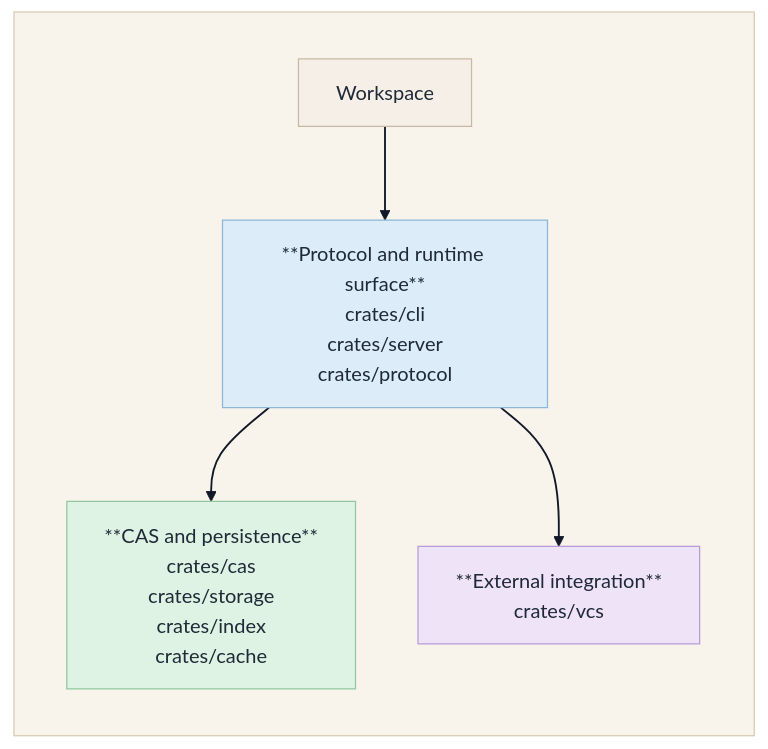
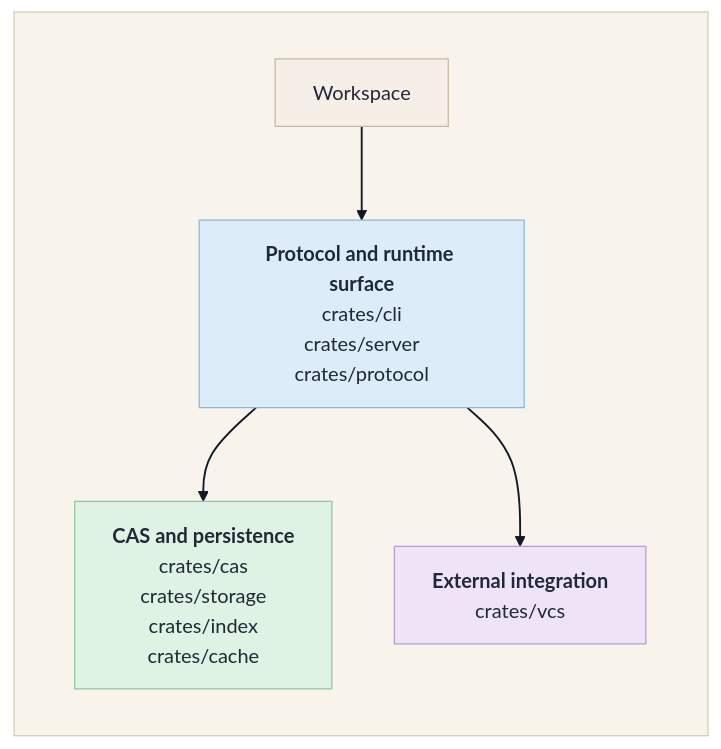
Before and after one commit to STEXS-Technologies/shardline: the fourth of 4 diagrams in docs/ARCHITECTURE.md, drawn with Mermaid. The commit also changed other lines of this file and 1 other file, not shown here.

Commit message:
docs: fix mermaid bold label rendering

````diff
--- a/docs/ARCHITECTURE.md
+++ b/docs/ARCHITECTURE.md
@@ -181,25 +181,25 @@
 ```mermaid
 flowchart TD
   subgraph Canvas[ ]
     direction TD
     Workspace[Workspace]
-    Surface["**Protocol and runtime surface**<br/>crates/cli<br/>crates/server<br/>crates/protocol"]
-    Data["**CAS and persistence**<br/>crates/cas<br/>crates/storage<br/>crates/index<br/>crates/cache"]
-    Integration["**External integration**<br/>crates/vcs"]
+    Surface["<b>Protocol and runtime surface</b><br/>crates/cli<br/>crates/server<br/>crates/protocol"]
+    Data["<b>CAS and persistence</b><br/>crates/cas<br/>crates/storage<br/>crates/index<br/>crates/cache"]
+    Integration["<b>External integration</b><br/>crates/vcs"]
   end
 
   Workspace --> Surface
   Surface --> Data
   Surface --> Integration
 
   classDef root fill:#f6efe8,stroke:#c7b8a3,color:#1f2937;
   classDef surface fill:#dcecf8,stroke:#8db7d8,color:#1f2937;
   classDef data fill:#dff3e4,stroke:#90c6a0,color:#1f2937;
   classDef integration fill:#efe3f8,stroke:#b89bd6,color:#1f2937;
   style Canvas fill:#f8f4ec,stroke:#d7c9b2,color:#1f2937;
   class Workspace root;
   class Surface surface;
   class Data data;
   class Integration integration;
   linkStyle default stroke:#111827,stroke-width:1.5px;
 ```
````
